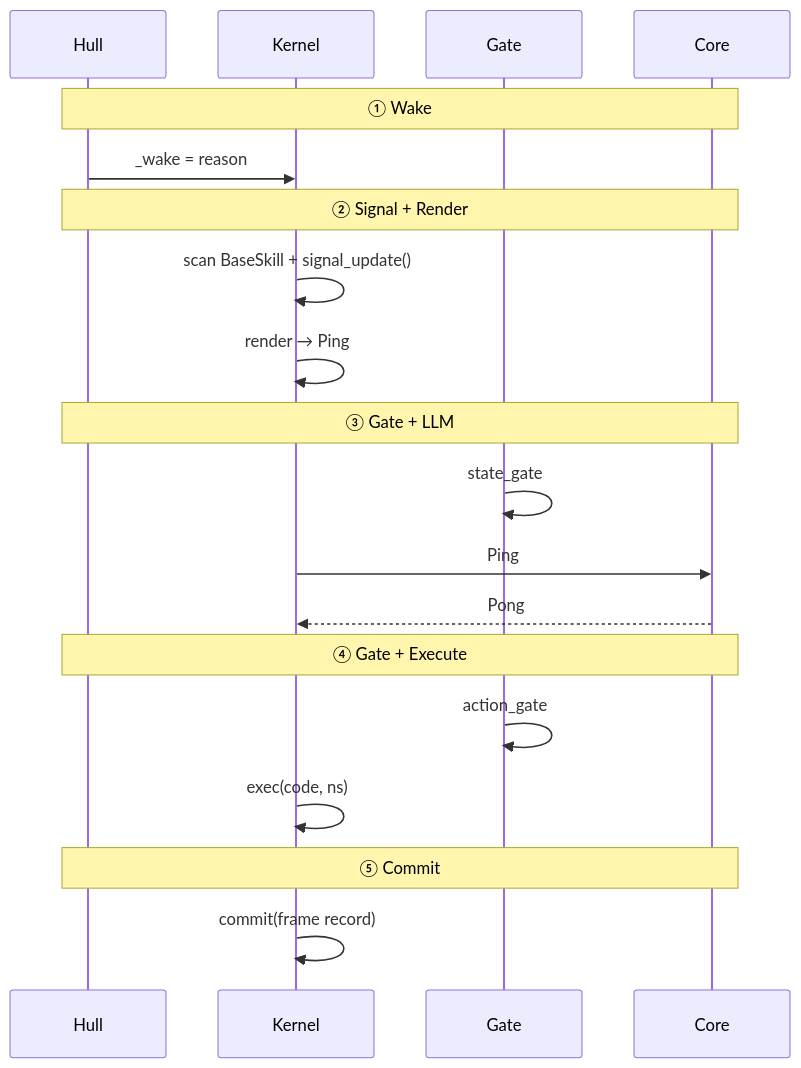
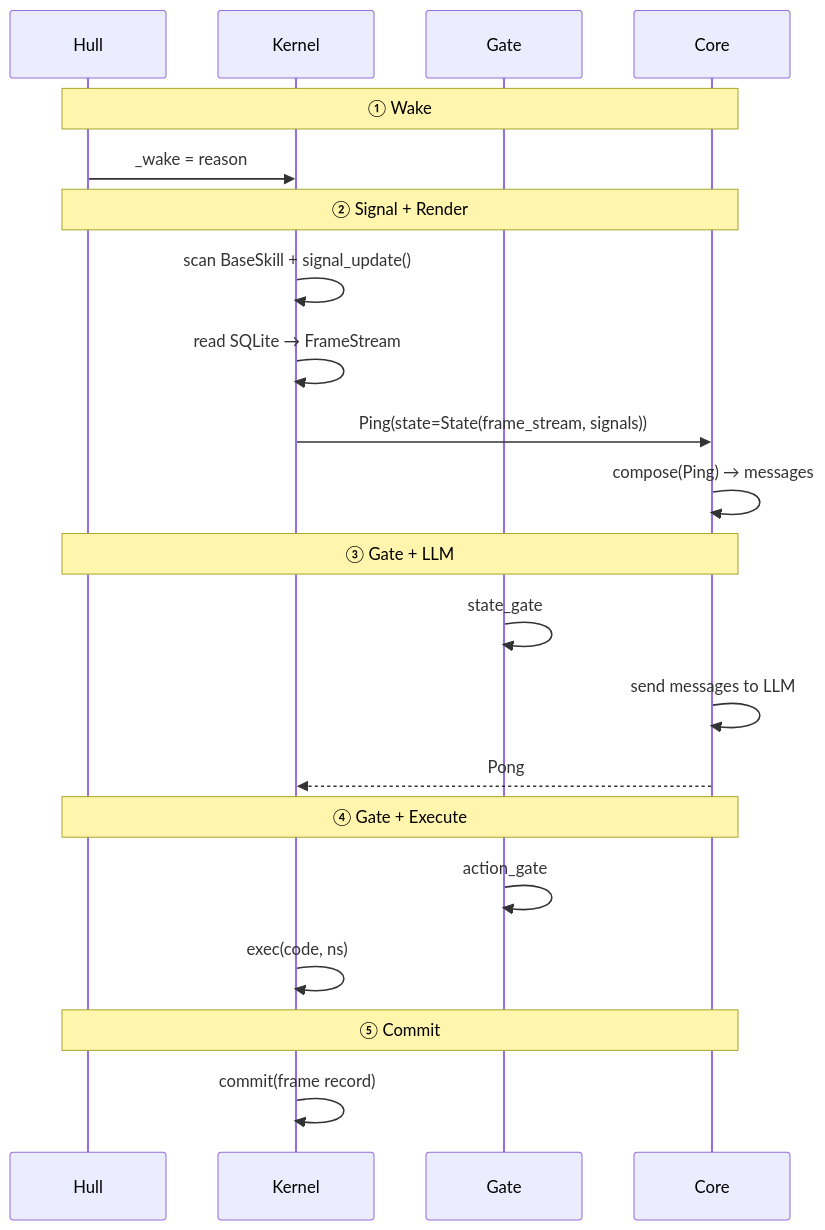
One commit to vessal-ai/vessal changed the third of 6 diagrams in references/whitepaper/04-frame.md. Above: the diagram before and after it, drawn with Mermaid. The commit also changed other lines of this file and 1 other file, not shown here.

Commit message:
docs(whitepaper): align frame.md + cache.md with PR 5 — SQLite-backed FrameStream, Core-side composition, Hull compaction worker deleted

````diff
--- a/references/whitepaper/04-frame.md
+++ b/references/whitepaper/04-frame.md
@@ -79,26 +79,28 @@
 ```mermaid
 sequenceDiagram
     participant H as Hull
     participant K as Kernel
     participant G as Gate
     participant C as Core
 
     Note over H,C: ① Wake
     H->>K: _wake = reason
 
     Note over H,C: ② Signal + Render
     K->>K: scan BaseSkill + signal_update()
-    K->>K: render → Ping
+    K->>K: read SQLite → FrameStream
+    K->>C: Ping(state=State(frame_stream, signals))
+    C->>C: compose(Ping) → messages
 
     Note over H,C: ③ Gate + LLM
     G->>G: state_gate
-    K->>C: Ping
+    C->>C: send messages to LLM
     C-->>K: Pong
 
     Note over H,C: ④ Gate + Execute
     G->>G: action_gate
     K->>K: exec(code, ns)
 
     Note over H,C: ⑤ Commit
     K->>K: commit(frame record)
 ```
````
